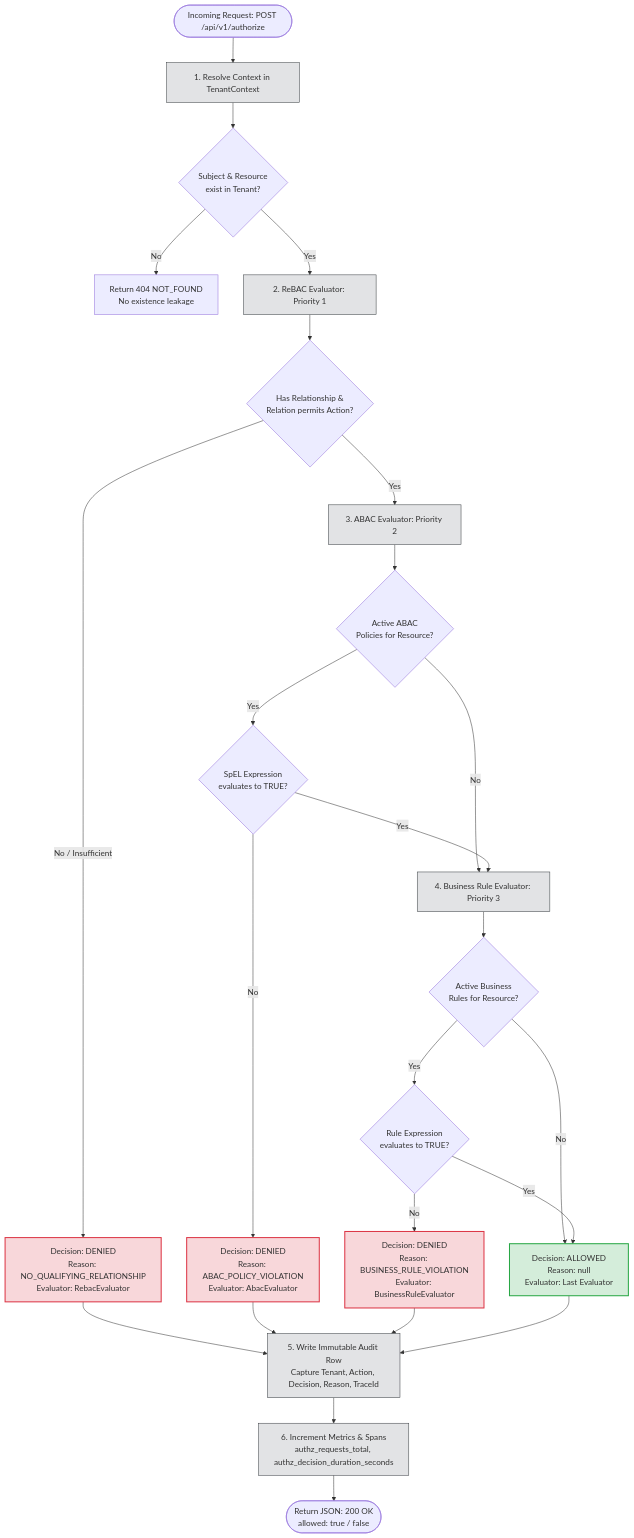
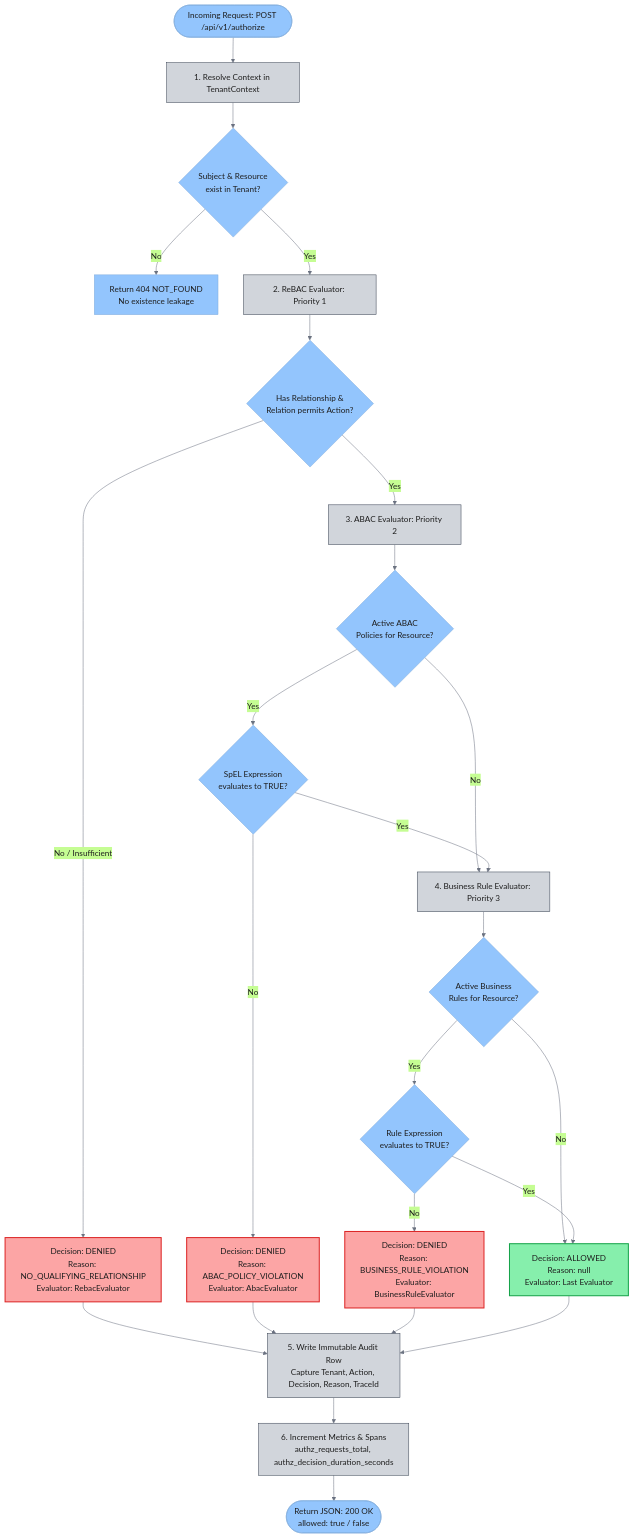
Before and after one commit to PerHac13/permissio: the fourth of 6 diagrams in docs/UML_LLD_DESIGN.md, drawn with Mermaid. The commit also changed other lines of this file and 4 other files, not shown here.

Commit message:
fix(security): resolve RSA key decoding formats and enhance diagram contrast

````diff
--- a/docs/UML_LLD_DESIGN.md
+++ b/docs/UML_LLD_DESIGN.md
@@ -247,42 +250,43 @@
 ```mermaid
+%%{init: {'theme': 'base', 'themeVariables': {'primaryColor': '#93c5fd', 'primaryTextColor': '#1e1e1e', 'lineColor': '#6b7280', 'textColor': '#1e1e1e'}}}%%
 flowchart TD
     Start([Incoming Request: POST /api/v1/authorize]) --> Step1[1. Resolve Context in TenantContext]
     Step1 --> CheckEntities{Subject & Resource<br/>exist in Tenant?}
     
     CheckEntities -- No --> Ret404[Return 404 NOT_FOUND<br/>No existence leakage]
     CheckEntities -- Yes --> Step2[2. ReBAC Evaluator: Priority 1]
     
     Step2 --> RebacCheck{Has Relationship &<br/>Relation permits Action?}
     RebacCheck -- No / Insufficient --> Deny1[Decision: DENIED<br/>Reason: NO_QUALIFYING_RELATIONSHIP<br/>Evaluator: RebacEvaluator]
     
     RebacCheck -- Yes --> Step3[3. ABAC Evaluator: Priority 2]
     Step3 --> HasAbacPolicy{Active ABAC<br/>Policies for Resource?}
     
     HasAbacPolicy -- No --> Step4[4. Business Rule Evaluator: Priority 3]
     HasAbacPolicy -- Yes --> SpelEval1{SpEL Expression<br/>evaluates to TRUE?}
     SpelEval1 -- No --> Deny2[Decision: DENIED<br/>Reason: ABAC_POLICY_VIOLATION<br/>Evaluator: AbacEvaluator]
     
     SpelEval1 -- Yes --> Step4
     Step4 --> HasRulePolicy{Active Business<br/>Rules for Resource?}
     
     HasRulePolicy -- No --> Allow[Decision: ALLOWED<br/>Reason: null<br/>Evaluator: Last Evaluator]
     HasRulePolicy -- Yes --> SpelEval2{Rule Expression<br/>evaluates to TRUE?}
     SpelEval2 -- No --> Deny3[Decision: DENIED<br/>Reason: BUSINESS_RULE_VIOLATION<br/>Evaluator: BusinessRuleEvaluator]
     SpelEval2 -- Yes --> Allow
 
     Deny1 --> Audit[5. Write Immutable Audit Row<br/>Capture Tenant, Action, Decision, Reason, TraceId]
     Deny2 --> Audit
     Deny3 --> Audit
     Allow --> Audit
 
     Audit --> Metrics[6. Increment Metrics & Spans<br/>authz_requests_total, authz_decision_duration_seconds]
     Metrics --> Response([Return JSON: 200 OK<br/>allowed: true / false])
 
-    classDef allowStyle fill:#d4edda,stroke:#28a745,stroke-width:2px;
-    classDef denyStyle fill:#f8d7da,stroke:#dc3545,stroke-width:2px;
-    classDef stepStyle fill:#e2e3e5,stroke:#383d41,stroke-width:1px;
+    classDef allowStyle fill:#86efac,stroke:#16a34a,stroke-width:2px,color:#1e1e1e;
+    classDef denyStyle fill:#fca5a5,stroke:#dc2626,stroke-width:2px,color:#1e1e1e;
+    classDef stepStyle fill:#d1d5db,stroke:#374151,stroke-width:1px,color:#1e1e1e;
 
     class Allow allowStyle;
     class Deny1,Deny2,Deny3 denyStyle;
     class Step1,Step2,Step3,Step4,Audit,Metrics stepStyle;
 ```
````
